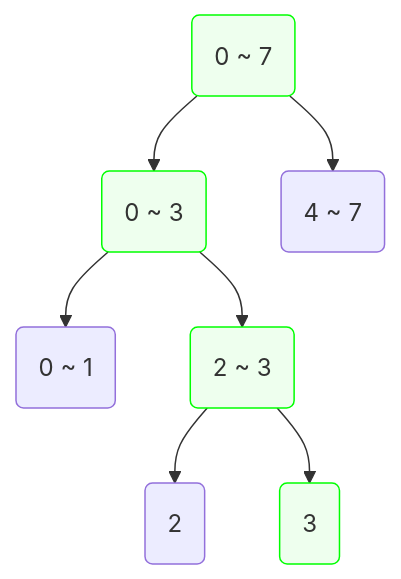
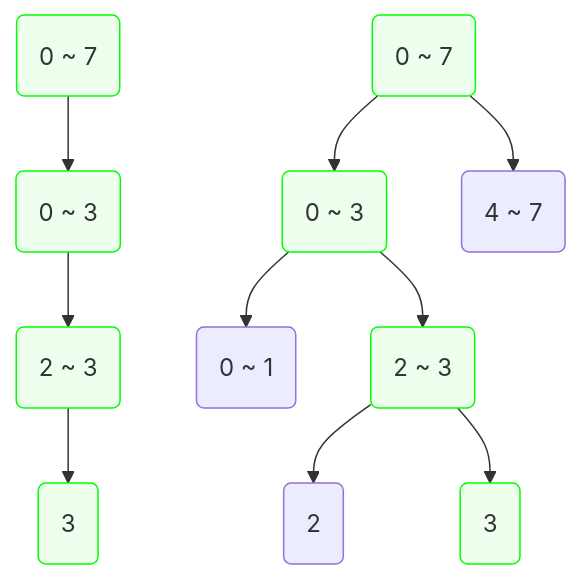
The second of 4 diagrams in public/post/pst.md (CHOYUNSIG/algorithm_with_bojtag), drawn with Mermaid before and after one commit. The commit also changed other lines of this file and 14 other files, not shown here.

```diff
--- a/public/post/pst.md
+++ b/public/post/pst.md
@@ -63,20 +48,29 @@
-    <pre class="mermaid">
-        graph TD
+<pre class="mermaid">
+    graph TD
 
-        A --> B1
-        A --> B2
-        B1 --> C1
-        B1 --> C2
-        C2 --> D3
-        C2 --> D4
+    pA --> pB1
+    pB1 --> pC2
+    pC2 --> pD4
 
-        A(0 ~ 7):::green
-        B1(0 ~ 3):::green
-        B2(4 ~ 7)
-        C1(0 ~ 1)
-        C2(2 ~ 3):::green
-        D3(2)
-        D4(3):::green
+    pA(0 ~ 7):::green
+    pB1(0 ~ 3):::green
+    pC2(2 ~ 3):::green
+    pD4(3):::green
 
-        classDef green stroke:#0F0, fill:#EFE
-    </pre>
+    A --> B1
+    A --> B2
+    B1 --> C1
+    B1 --> C2
+    C2 --> D3
+    C2 --> D4
+
+    A(0 ~ 7):::green
+    B1(0 ~ 3):::green
+    B2(4 ~ 7)
+    C1(0 ~ 1)
+    C2(2 ~ 3):::green
+    D3(2)
+    D4(3):::green
+
+    classDef green stroke:#0F0, fill:#EFE
+</pre>
```
